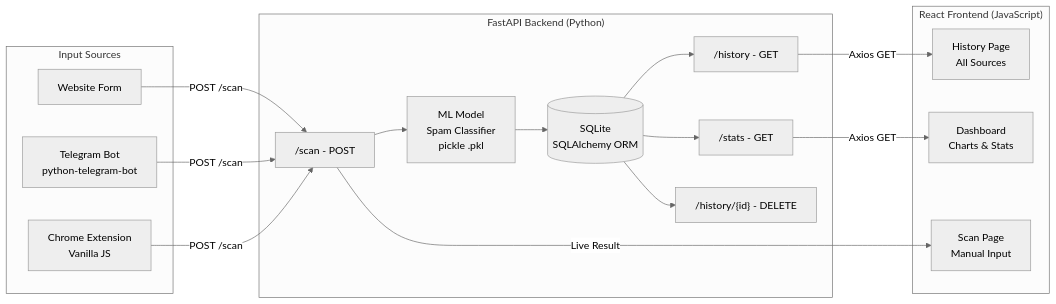
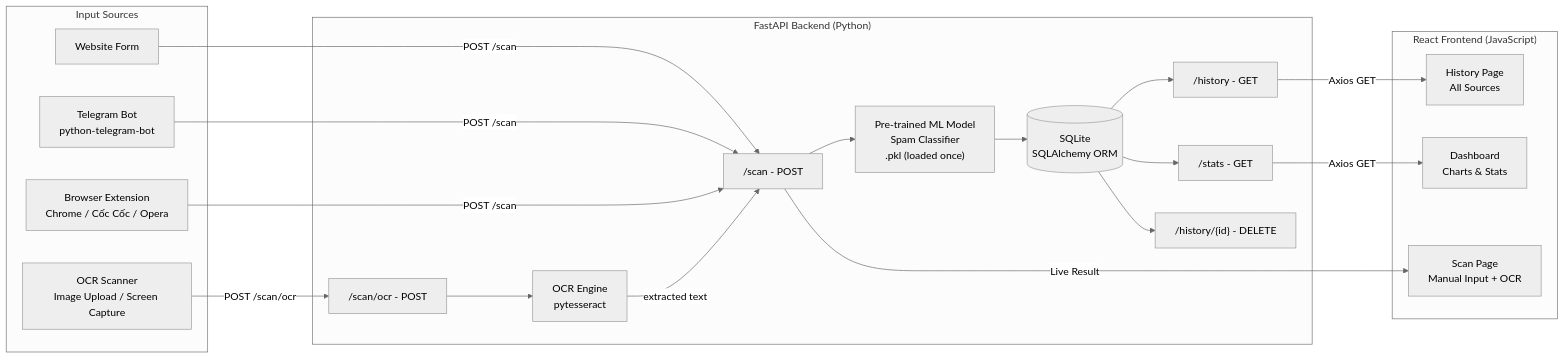
Before and after one commit to THungB/Full-Stack-Web-Development-for-AI-Application-in-Cybersecurity: the diagram in plan.md, drawn with Mermaid (neutral theme). The commit also changed other lines of this file and 51 other files, not shown here.

Commit message:
Build full-stack spam detection app and browser extension

````diff
--- a/plan.md
+++ b/plan.md
@@ -46,38 +47,44 @@
 ```mermaid
 ---
 id: fd4052bc-7ac3-469e-8ad0-b5fc90bbbdc7
 ---
 flowchart LR
   subgraph INPUTS["Input Sources"]
     A["Website Form"]
     B["Telegram Bot\npython-telegram-bot"]
-    C["Chrome Extension\nVanilla JS"]
+    C["Browser Extension\nChrome / Cốc Cốc / Opera"]
+    O["OCR Scanner\nImage Upload / Screen Capture"]
   end
 
   subgraph BACKEND["FastAPI Backend (Python)"]
     D["/scan - POST"]
+    D2["/scan/ocr - POST"]
     E["/history - GET"]
     F["/stats - GET"]
     G["/history/{id} - DELETE"]
-    H["ML Model\nSpam Classifier\npickle .pkl"]
+    H["Pre-trained ML Model\nSpam Classifier\n.pkl (loaded once)"]
+    OCR["OCR Engine\npytesseract"]
     I[("SQLite\nSQLAlchemy ORM")]
   end
 
   subgraph FRONTEND["React Frontend (JavaScript)"]
     J["Dashboard\nCharts & Stats"]
-    K["Scan Page\nManual Input"]
+    K["Scan Page\nManual Input + OCR"]
     L["History Page\nAll Sources"]
   end
 
   A -->|"POST /scan"| D
   B -->|"POST /scan"| D
   C -->|"POST /scan"| D
+  O -->|"POST /scan/ocr"| D2
+  D2 --> OCR
+  OCR -->|"extracted text"| D
   D --> H
   H --> I
   I --> E
   I --> F
   I --> G
   E -->|"Axios GET"| L
   F -->|"Axios GET"| J
   D -->|"Live Result"| K
 ```
````
